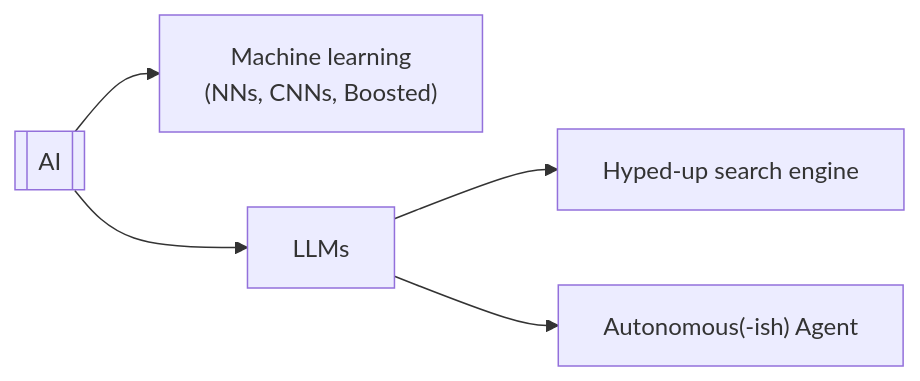
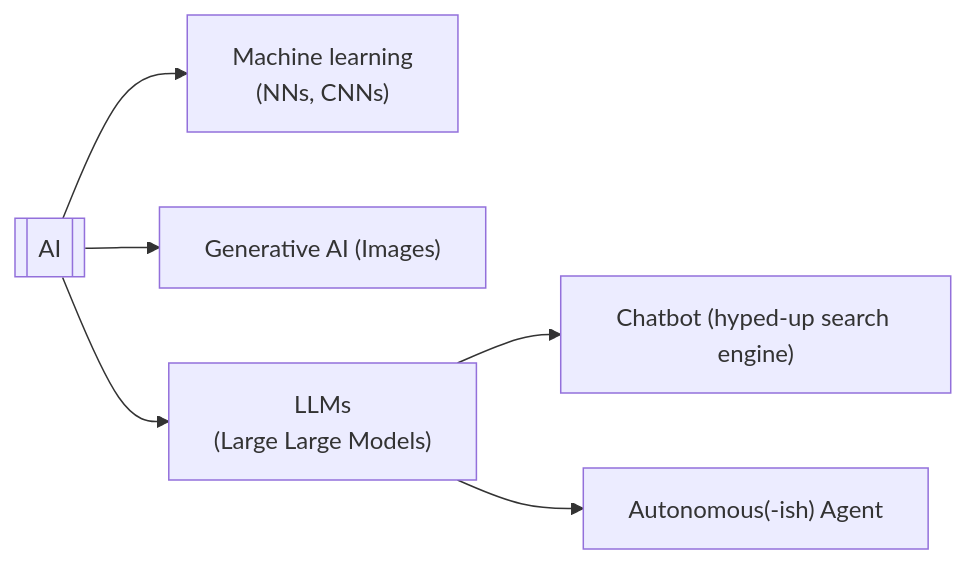
The first of 6 diagrams in module1.qmd (bfanson/2026_Workshops), drawn with Mermaid before and after one commit. The commit also changed other lines of this file and 3 other files, not shown here.

````diff
--- a/module1.qmd
+++ b/module1.qmd
@@ -136,14 +136,15 @@
 ```{mermaid}
 %%| label: fig-agent_basic
-%%| fig-cap: Nomenclature
+%%| fig-cap: Simplified classification
 
 flowchart LR
 
     AI[["AI"]]
 
-    AI --> ML["Machine learning<br> (NNs, CNNs, Boosted)"]
-    AI --> LLM["LLMs"]
-    LLM --> bot["Hyped-up search engine"]
+    AI --> ML["Machine learning<br> (NNs, CNNs)"]
+    AI --> GAI["Generative AI (Images)"]
+    AI --> LLM["LLMs<br>(Large Large Models)"]
+    LLM --> bot["Chatbot (hyped-up search engine)"]
     LLM --> agent["Autonomous(-ish) Agent"]
 
 ```
````
